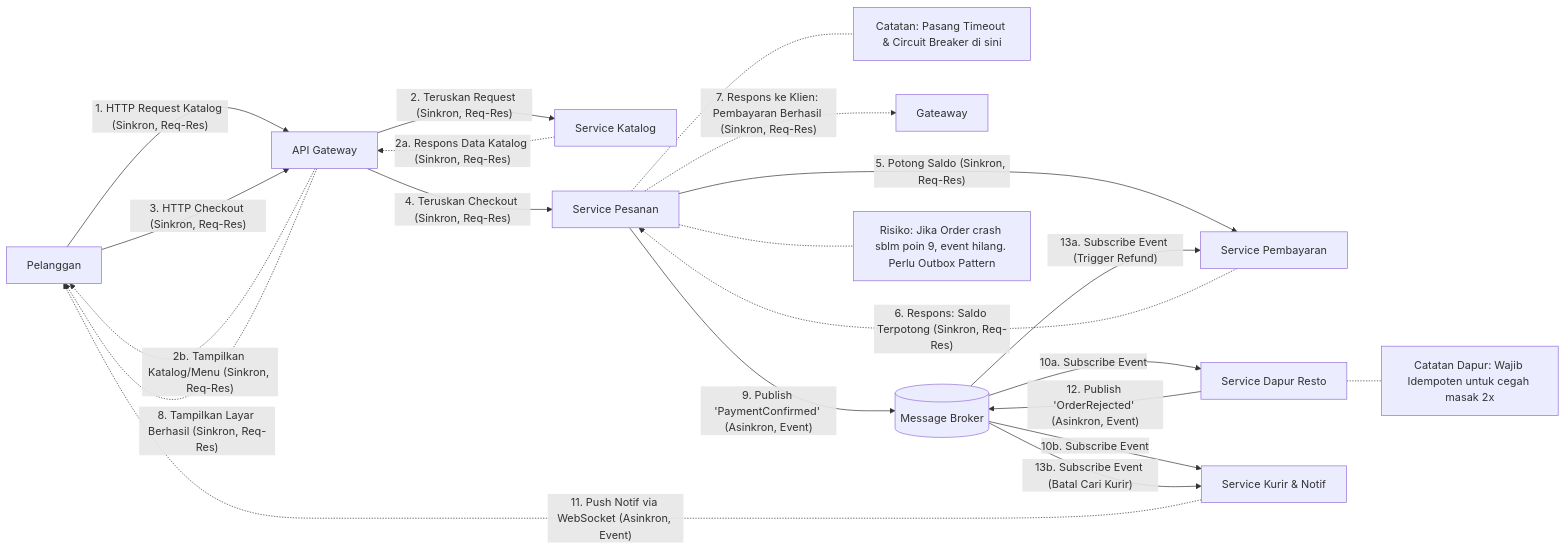
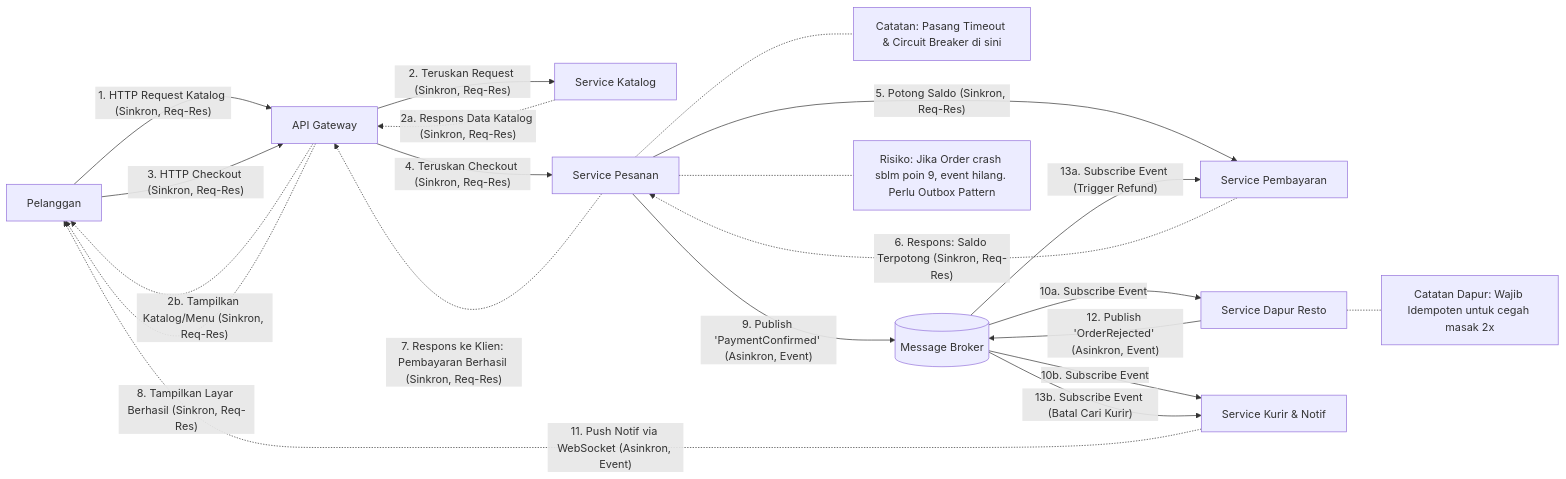
Before and after one commit to Enki1030/komputasi-awan-dan-terdistribusi: the diagram in tugas-02-perancangan-arsitektur/README.md, drawn with Mermaid.

````diff
--- a/tugas-02-perancangan-arsitektur/README.md
+++ b/tugas-02-perancangan-arsitektur/README.md
@@ -60,45 +60,45 @@
 ```mermaid
 graph LR
     Client[Pelanggan]
 
     %% Alur SOA / API (Sinkron, Request-Response)
     Client -->|"1. HTTP Request Katalog (Sinkron, Req-Res)"| Gateway[API Gateway]
     Gateway -->|"2. Teruskan Request (Sinkron, Req-Res)"| Katalog[Service Katalog]
 
     Katalog -.->|"2a. Respons Data Katalog (Sinkron, Req-Res)"| Gateway
     Gateway -.->|"2b. Tampilkan Katalog/Menu (Sinkron, Req-Res)"| Client
     
     Client -->|"3. HTTP Checkout (Sinkron, Req-Res)"| Gateway
     Gateway -->|"4. Teruskan Checkout (Sinkron, Req-Res)"| Order[Service Pesanan]
     
     Order -->|"5. Potong Saldo (Sinkron, Req-Res)"| Payment[Service Pembayaran]
     
     %% Catatan untuk ketahanan SOA kita ubah menjadi kotak label biasa
     Note1[Catatan: Pasang Timeout & Circuit Breaker di sini]
     Order -.- Note1
     
     Payment -.->|"6. Respons: Saldo Terpotong (Sinkron, Req-Res)"| Order
-    Order -.->|"7. Respons ke Klien: Pembayaran Berhasil (Sinkron, Req-Res)"| Gateaway
+    Order -.->|"7. Respons ke Klien: Pembayaran Berhasil (Sinkron, Req-Res)"| Gateway
     Gateway -.->|"8. Tampilkan Layar Berhasil (Sinkron, Req-Res)"| Client
 
     %% Alur Pub-Sub (Asinkron, Event-Driven)
     Order -->|"9. Publish 'PaymentConfirmed' (Asinkron, Event)"| Broker[(Message Broker)]
     
     %% Catatan Risiko Crash kita hubungkan dengan garis putus-putus
     Note2[Risiko: Jika Order crash sblm poin 9, event hilang. Perlu Outbox Pattern]
     Order -.- Note2
 
     Broker -->|"10a. Subscribe Event"| Dapur[Service Dapur Resto]
     Broker -->|"10b. Subscribe Event"| Kurir[Service Kurir & Notif]
     
     Note3[Catatan Dapur: Wajib Idempoten untuk cegah masak 2x]
     Dapur -.- Note3
 
     %% Penyampaian Notifikasi ke Klien
     Kurir -.->|"11. Push Notif via WebSocket (Asinkron, Event)"| Client
 
     %% Jalur Kompensasi (Saga) Jika Dapur Menolak
     Dapur -->|"12. Publish 'OrderRejected' (Asinkron, Event)"| Broker
     Broker -->|"13a. Subscribe Event (Trigger Refund)"| Payment
     Broker -->|"13b. Subscribe Event (Batal Cari Kurir)"| Kurir
 ```
````
